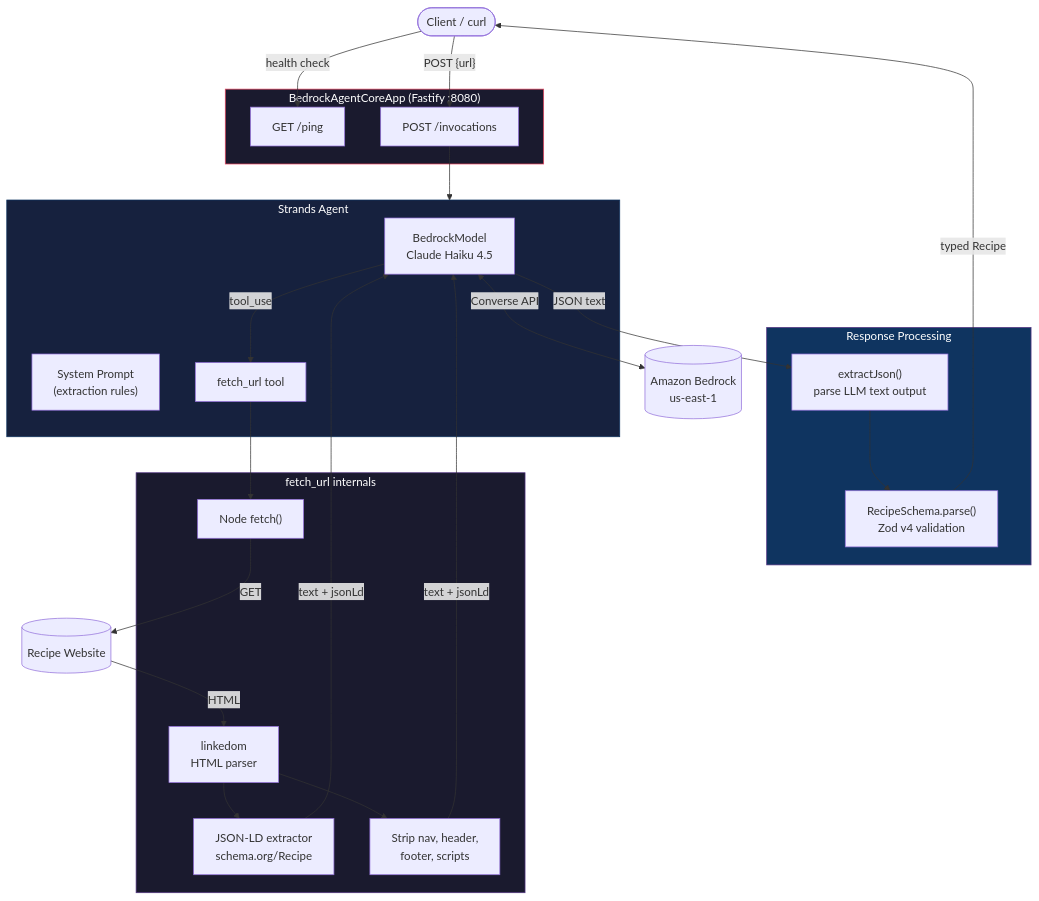
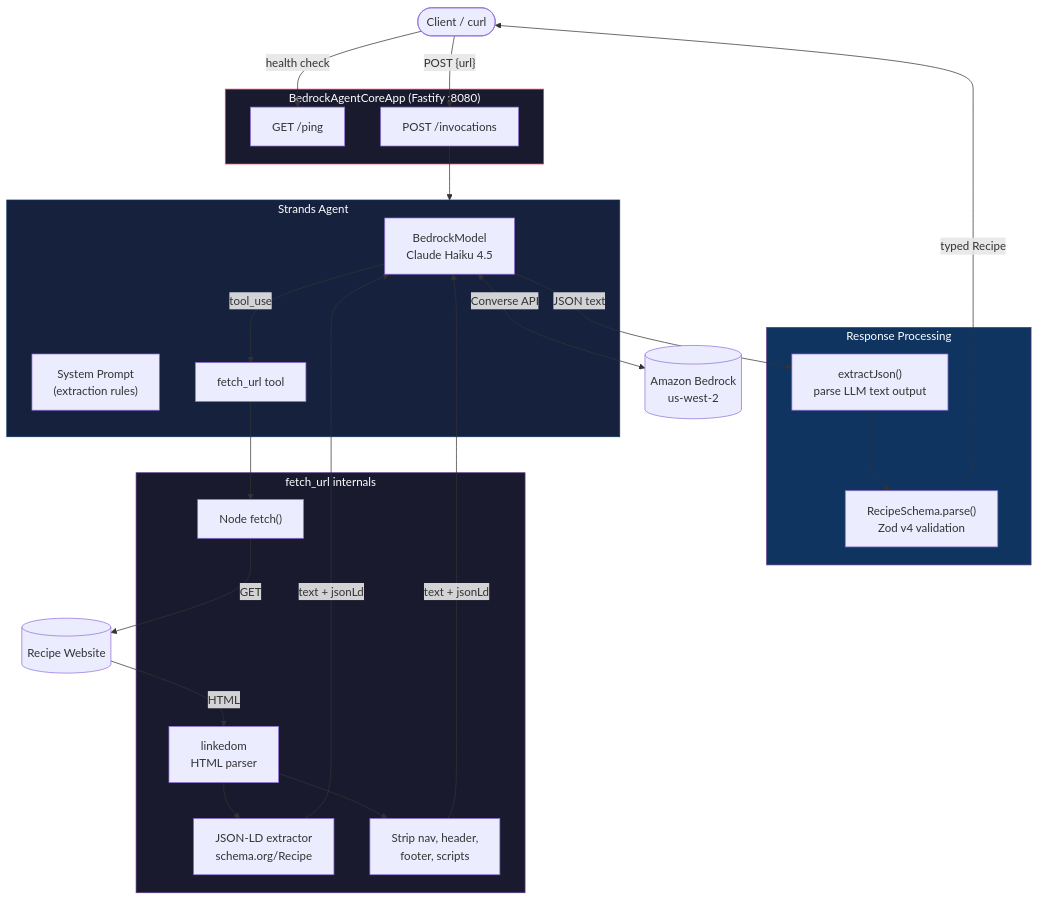
The first of 2 diagrams in ARCHITECTURE.md (cdot65/agentcore-recipe-agent), drawn with Mermaid before and after one commit. The commit also changed 1 other file, not shown here.

````diff
--- a/ARCHITECTURE.md
+++ b/ARCHITECTURE.md
@@ -5,51 +5,51 @@
 ```mermaid
 graph TB
     Client([Client / curl])
 
     subgraph AgentCore["BedrockAgentCoreApp (Fastify :8080)"]
         Ping["GET /ping"]
         Invoke["POST /invocations"]
     end
 
     subgraph StrandsAgent["Strands Agent"]
         Model["BedrockModel<br/>Claude Haiku 4.5"]
         SystemPrompt["System Prompt<br/>(extraction rules)"]
         FetchTool["fetch_url tool"]
     end
 
     subgraph Processing["Response Processing"]
         ExtractJSON["extractJson()<br/>parse LLM text output"]
         ZodValidation["RecipeSchema.parse()<br/>Zod v4 validation"]
     end
 
     subgraph FetchToolInternals["fetch_url internals"]
         HTTPFetch["Node fetch()"]
         LinkedOM["linkedom<br/>HTML parser"]
         JSONLD["JSON-LD extractor<br/>schema.org/Recipe"]
         StripHTML["Strip nav, header,<br/>footer, scripts"]
     end
 
     ExternalSite[(Recipe Website)]
-    Bedrock[(Amazon Bedrock<br/>us-east-1)]
+    Bedrock[(Amazon Bedrock<br/>us-west-2)]
 
     Client -->|"POST {url}"| Invoke
     Client -->|health check| Ping
     Invoke --> StrandsAgent
     Model <-->|Converse API| Bedrock
     Model -->|tool_use| FetchTool
     FetchTool --> HTTPFetch
     HTTPFetch -->|GET| ExternalSite
     ExternalSite -->|HTML| LinkedOM
     LinkedOM --> JSONLD
     LinkedOM --> StripHTML
     StripHTML -->|"text + jsonLd"| Model
     JSONLD -->|"text + jsonLd"| Model
     Model -->|JSON text| ExtractJSON
     ExtractJSON --> ZodValidation
     ZodValidation -->|"typed Recipe"| Client
 
     style AgentCore fill:#1a1a2e,stroke:#e94560,color:#fff
     style StrandsAgent fill:#16213e,stroke:#0f3460,color:#fff
     style Processing fill:#0f3460,stroke:#533483,color:#fff
     style FetchToolInternals fill:#1a1a2e,stroke:#533483,color:#fff
 ```
````
